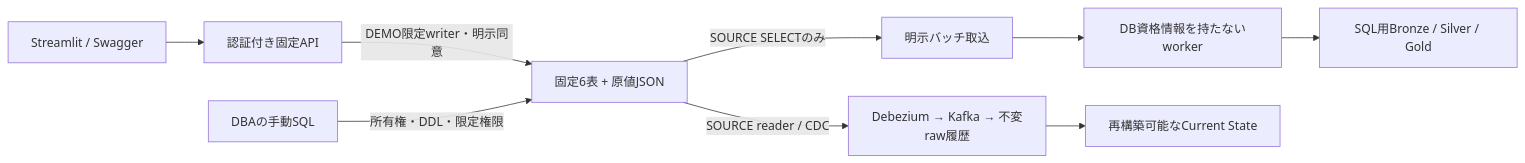
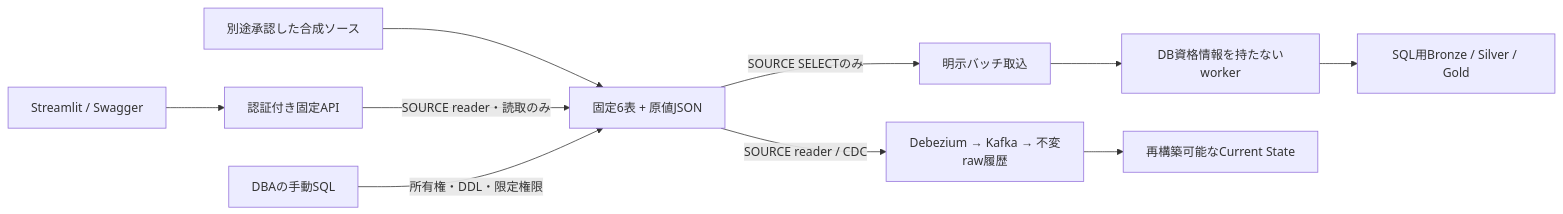
Before and after one commit to hiromura16/lakehouse-foundation: the first of 2 diagrams in docs/SQLSERVER-FIXED-DEMO.md, drawn with Mermaid. The commit also changed other lines of this file and 45 other files, not shown here.

````diff
--- a/docs/SQLSERVER-FIXED-DEMO.md
+++ b/docs/SQLSERVER-FIXED-DEMO.md
@@ -23,11 +23,12 @@
 ```mermaid
 flowchart LR
     GUI[Streamlit / Swagger] --> API[認証付き固定API]
-    API -->|DEMO限定writer・明示同意| SQL[固定6表 + 原値JSON]
+    External[別途承認した合成ソース] --> SQL[固定6表 + 原値JSON]
+    API -->|SOURCE reader・読取のみ| SQL
     DBA[DBAの手動SQL] -->|所有権・DDL・限定権限| SQL
     SQL -->|SOURCE SELECTのみ| Batch[明示バッチ取込]
     Batch --> Worker[DB資格情報を持たないworker]
     Worker --> Iceberg[SQL用Bronze / Silver / Gold]
     SQL -->|SOURCE reader / CDC| CDC[Debezium → Kafka → 不変raw履歴]
     CDC --> Current[再構築可能なCurrent State]
 ```
````
